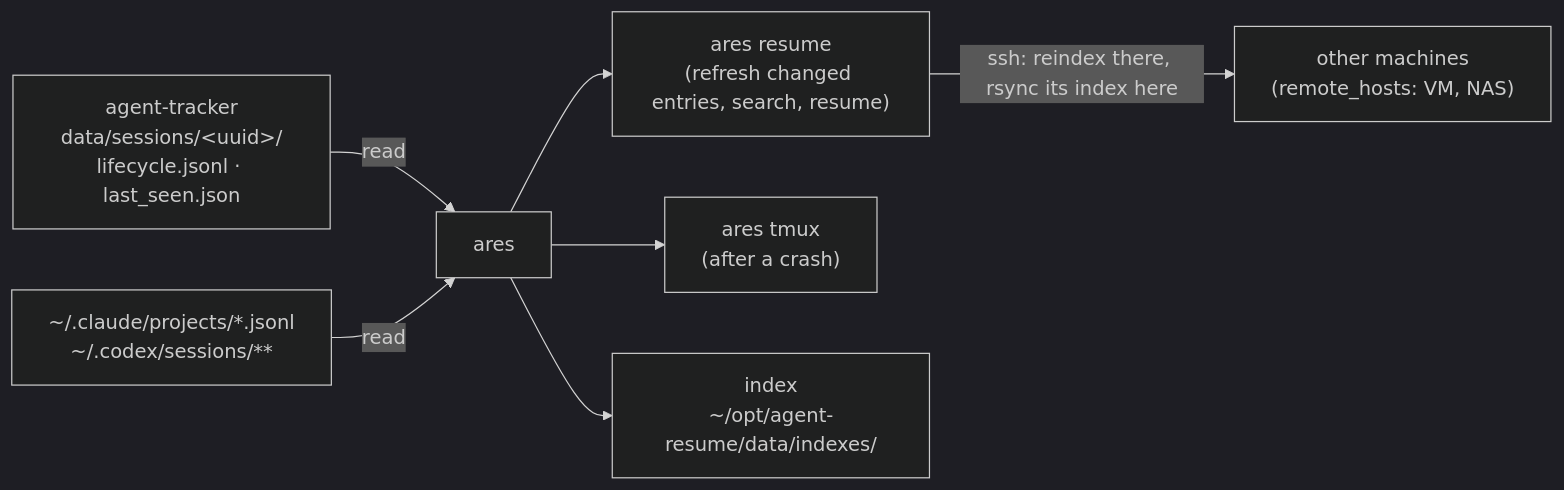
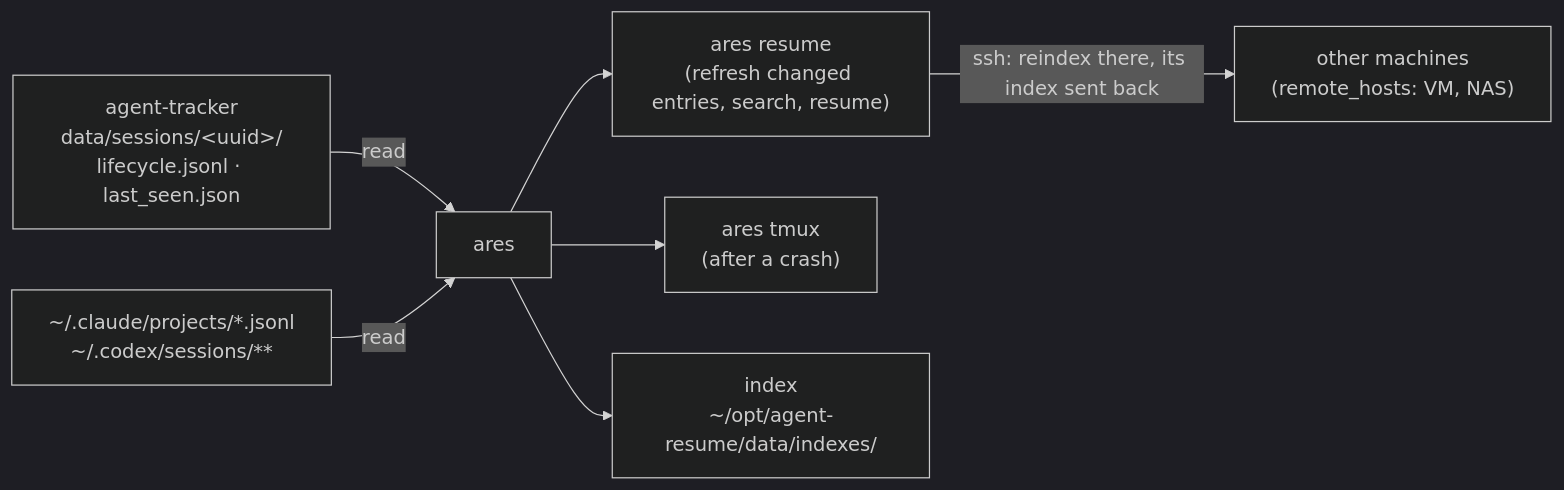
Before and after one commit to JeanLescutMuller/agent-resume: the diagram in README.md, drawn with Mermaid (dark theme). The commit also changed other lines of this file and 4 other files, not shown here.

First line of the commit message:
remote pull: one ssh call returning a .tar.gz instead of ssh + rsync

````diff
--- a/README.md
+++ b/README.md
@@ -5,9 +5,9 @@
 ```mermaid
 flowchart LR
   T["agent-tracker<br/>data/sessions/&lt;uuid&gt;/<br/>lifecycle.jsonl · last_seen.json"] -->|read| R
   J["~/.claude/projects/*.jsonl<br/>~/.codex/sessions/**"] -->|read| R
   R["ares"] --> RS["ares resume<br/>(refresh changed entries, search, resume)"]
   R --> RT["ares tmux<br/>(after a crash)"]
   R --> X["index<br/>~/opt/agent-resume/data/indexes/"]
-  RS -->|ssh: reindex there, rsync its index here| V["other machines<br/>(remote_hosts: VM, NAS)"]
+  RS -->|ssh: reindex there, its index sent back| V["other machines<br/>(remote_hosts: VM, NAS)"]
 ```
````
